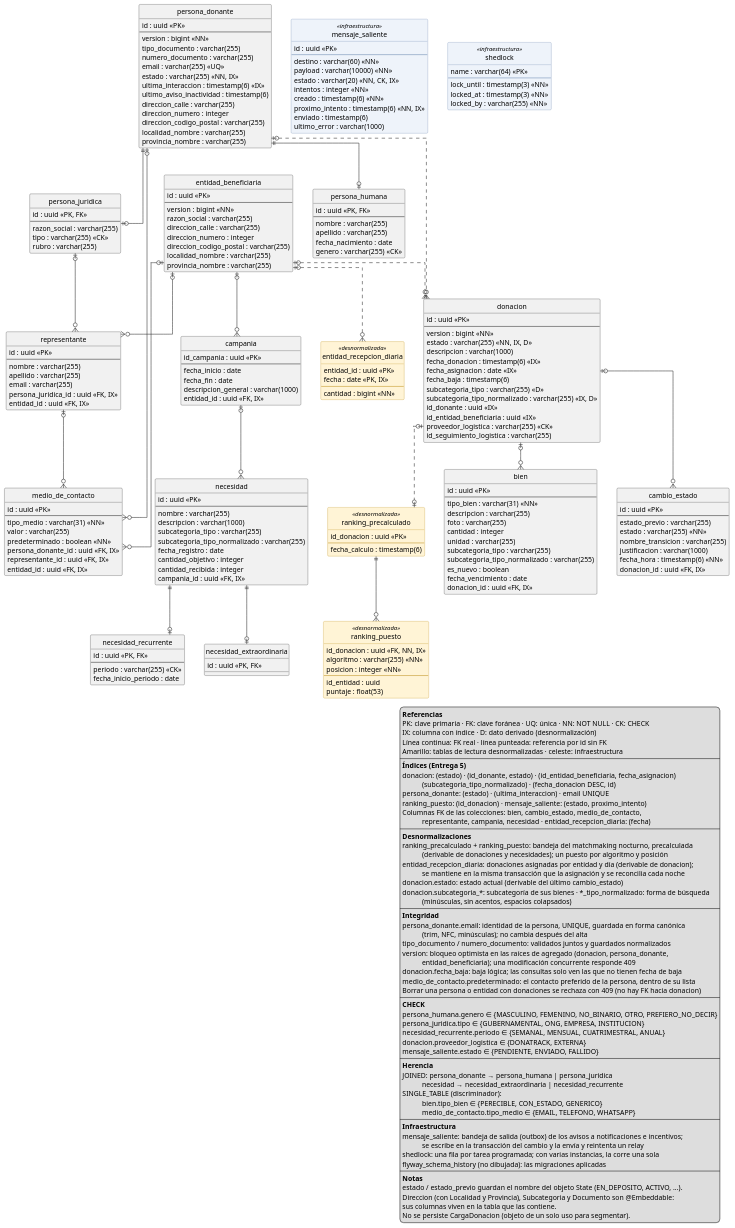
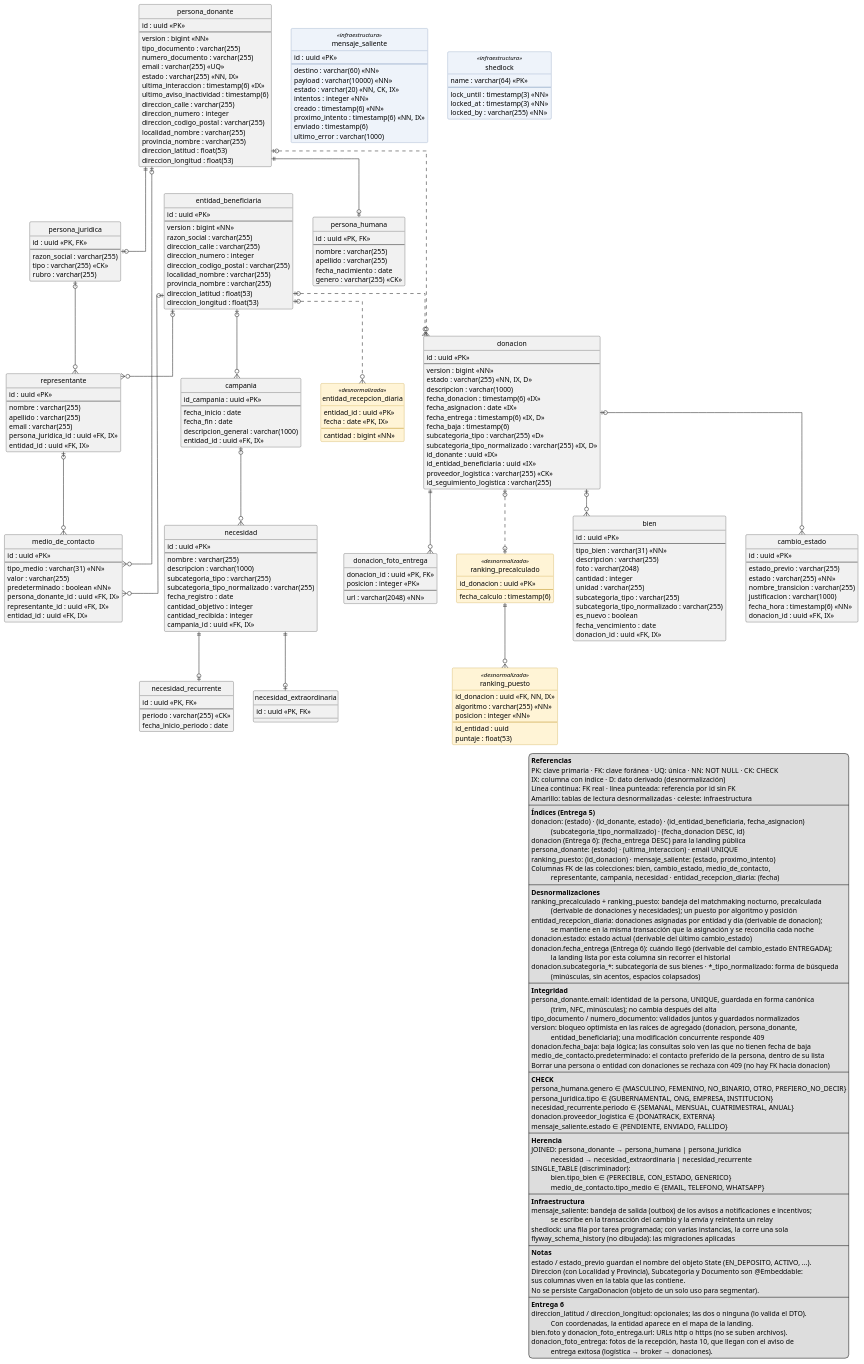
One commit to PonceCamilo/TP-ANUAL-DISENIO-2026 changed the diagram in donatrack/DiagramaDeClases/Donaciones/donaciones-der.puml. Above: the diagram before and after it, drawn with PlantUML. The commit also changed 3 other files, not shown here.

First line of the commit message:
Postman y diagramas de Donaciones al día con la Entrega 6

```diff
--- a/donatrack/DiagramaDeClases/Donaciones/donaciones-der.puml
+++ b/donatrack/DiagramaDeClases/Donaciones/donaciones-der.puml
@@ -11,10 +11,11 @@
   BorderColor<<infraestructura>> #5B7BA6
 }
 
-' DER físico de la base donaciones_db (PostgreSQL 16), Entrega 5.
+' DER físico de la base donaciones_db (PostgreSQL 16), Entregas 5 y 6.
 ' El esquema lo crean las migraciones de Flyway de servicio-donaciones
 ' (db/migration: V1 esquema de la Entrega 5, V2 cambios de la revisión, V3
-' normalización de datos, V4 bloqueo de tareas) y Hibernate lo valida al
+' normalización de datos, V4 bloqueo de tareas, V5 datos para la interfaz de
+' la Entrega 6: coordenadas, fecha y fotos de entrega) y Hibernate lo valida al
 ' arrancar (ddl-auto=validate): mismos nombres de tabla y columna, mismos
 ' tipos, PK, FK, restricciones e índices que las entidades JPA.
 
@@ -35,6 +36,8 @@
   direccion_codigo_postal : varchar(255)
   localidad_nombre : varchar(255)
   provincia_nombre : varchar(255)
+  direccion_latitud : float(53)
+  direccion_longitud : float(53)
 }
 
 entity persona_humana {
@@ -89,6 +92,8 @@
   direccion_codigo_postal : varchar(255)
   localidad_nombre : varchar(255)
   provincia_nombre : varchar(255)
+  direccion_latitud : float(53)
+  direccion_longitud : float(53)
 }
 
 entity campania {
@@ -134,6 +139,7 @@
   descripcion : varchar(1000)
   fecha_donacion : timestamp(6) <<IX>>
   fecha_asignacion : date <<IX>>
+  fecha_entrega : timestamp(6) <<IX, D>>
   fecha_baja : timestamp(6)
   subcategoria_tipo : varchar(255) <<D>>
   subcategoria_tipo_normalizado : varchar(255) <<IX, D>>
@@ -148,7 +154,7 @@
   --
   tipo_bien : varchar(31) <<NN>>
   descripcion : varchar(255)
-  foto : varchar(255)
+  foto : varchar(2048)
   cantidad : integer
   unidad : varchar(255)
   subcategoria_tipo : varchar(255)
@@ -167,6 +173,13 @@
   justificacion : varchar(1000)
   fecha_hora : timestamp(6) <<NN>>
   donacion_id : uuid <<FK, IX>>
+}
+
+entity donacion_foto_entrega {
+  donacion_id : uuid <<PK, FK>>
+  posicion : integer <<PK>>
+  --
+  url : varchar(2048) <<NN>>
 }
 
 ' ─────────────── TABLAS DE LECTURA (Entrega 5) ───────────────
@@ -236,6 +249,7 @@
 
 donacion |o--o{ bien
 donacion |o--o{ cambio_estado
+donacion ||--o{ donacion_foto_entrega
 
 ranking_precalculado ||--o{ ranking_puesto
 
@@ -256,6 +270,7 @@
   <b>Índices (Entrega 5)</b>
   donacion: (estado) · (id_donante, estado) · (id_entidad_beneficiaria, fecha_asignacion)
              (subcategoria_tipo_normalizado) · (fecha_donacion DESC, id)
+  donacion (Entrega 6): (fecha_entrega DESC) para la landing pública
   persona_donante: (estado) · (ultima_interaccion) · email UNIQUE
   ranking_puesto: (id_donacion) · mensaje_saliente: (estado, proximo_intento)
   Columnas FK de las colecciones: bien, cambio_estado, medio_de_contacto,
@@ -267,6 +282,8 @@
   entidad_recepcion_diaria: donaciones asignadas por entidad y día (derivable de donacion);
              se mantiene en la misma transacción que la asignación y se reconcilia cada noche
   donacion.estado: estado actual (derivable del último cambio_estado)
+  donacion.fecha_entrega (Entrega 6): cuándo llegó (derivable del cambio_estado ENTREGADA);
+             la landing lista por esta columna sin recorrer el historial
   donacion.subcategoria_*: subcategoría de sus bienes · *_tipo_normalizado: forma de búsqueda
              (minúsculas, sin acentos, espacios colapsados)
   ----
@@ -305,6 +322,13 @@
   Direccion (con Localidad y Provincia), Subcategoria y Documento son @Embeddable:
   sus columnas viven en la tabla que las contiene.
   No se persiste CargaDonacion (objeto de un solo uso para segmentar).
+  ----
+  <b>Entrega 6</b>
+  direccion_latitud / direccion_longitud: opcionales; las dos o ninguna (lo valida el DTO).
+             Con coordenadas, la entidad aparece en el mapa de la landing.
+  bien.foto y donacion_foto_entrega.url: URLs http o https (no se suben archivos).
+  donacion_foto_entrega: fotos de la recepción, hasta 10, que llegan con el aviso de
+             entrega exitosa (logística → broker → donaciones).
 endlegend
 
 @enduml
```
